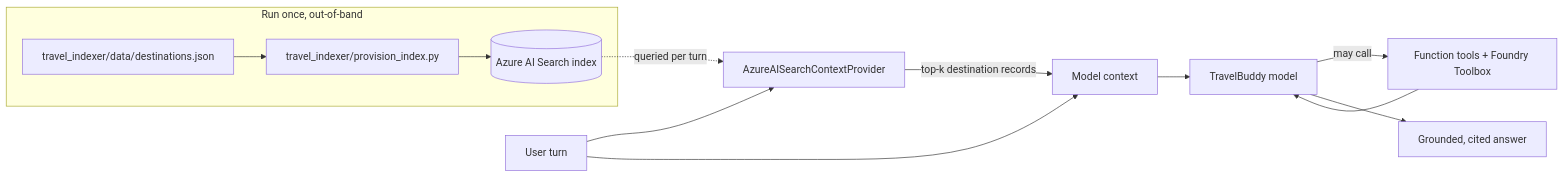
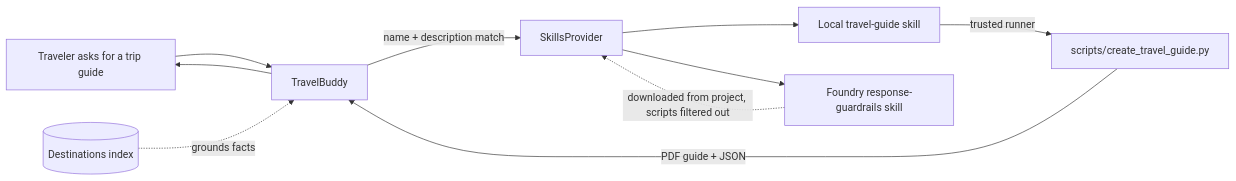
Before and after one commit to ConstantinJean/foundry-hosted-agents-workshop: the diagram in README.md, drawn with Mermaid. The commit also changed other lines of this file and 21 other files, not shown here.

````diff
--- a/README.md
+++ b/README.md
@@ -97,14 +89,12 @@
 ```mermaid
 flowchart LR
-    U[User turn] --> CP[AzureAISearchContextProvider]
-    CP -->|top-k destination records| CTX[Model context]
-    U --> CTX
-    CTX --> M[TravelBuddy model]
-    M -->|may call| T[Function tools + Foundry Toolbox]
-    T --> M
-    M --> R[Grounded, cited answer]
-    subgraph offline [Run once, out-of-band]
-      DJ[travel_indexer/data/destinations.json] --> PI[travel_indexer/provision_index.py] --> IDX[(Azure AI Search index)]
-    end
-    IDX -. queried per turn .-> CP
+    Traveler[Traveler asks for a trip guide] --> Agent[TravelBuddy]
+    Agent -->|name + description match| Provider[SkillsProvider]
+    Provider --> Local[Local travel-guide skill]
+    Provider --> Foundry[Foundry response-guardrails skill]
+    Local -->|trusted runner| Script[scripts/create_travel_guide.py]
+    Foundry -. downloaded from project, scripts filtered out .-> Provider
+    Script -->|PDF guide + JSON| Agent
+    RAG[(Destinations index)] -. grounds facts .-> Agent
+    Agent --> Traveler
 ```
````
